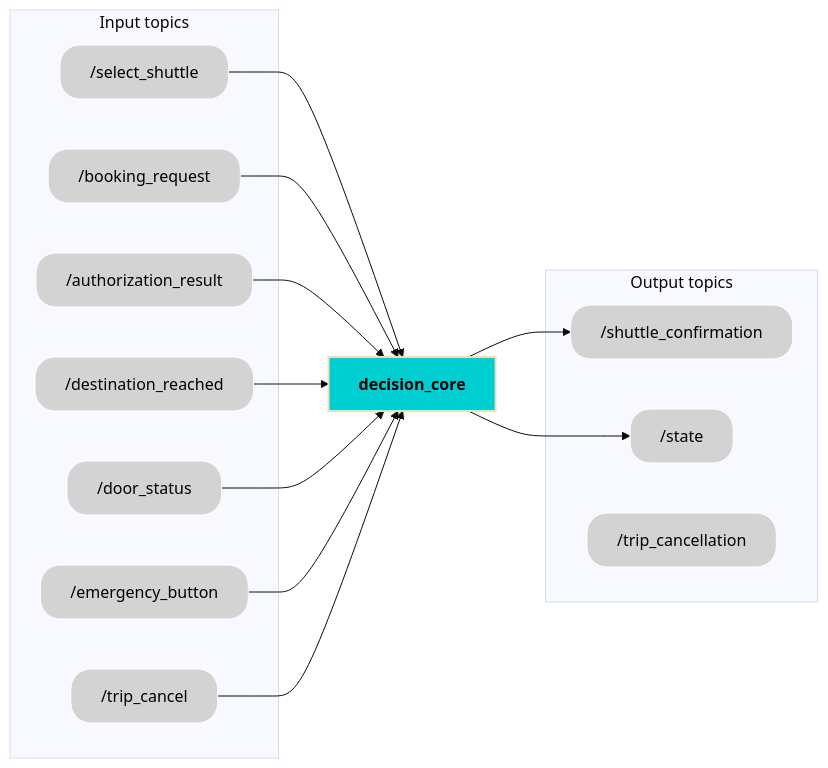
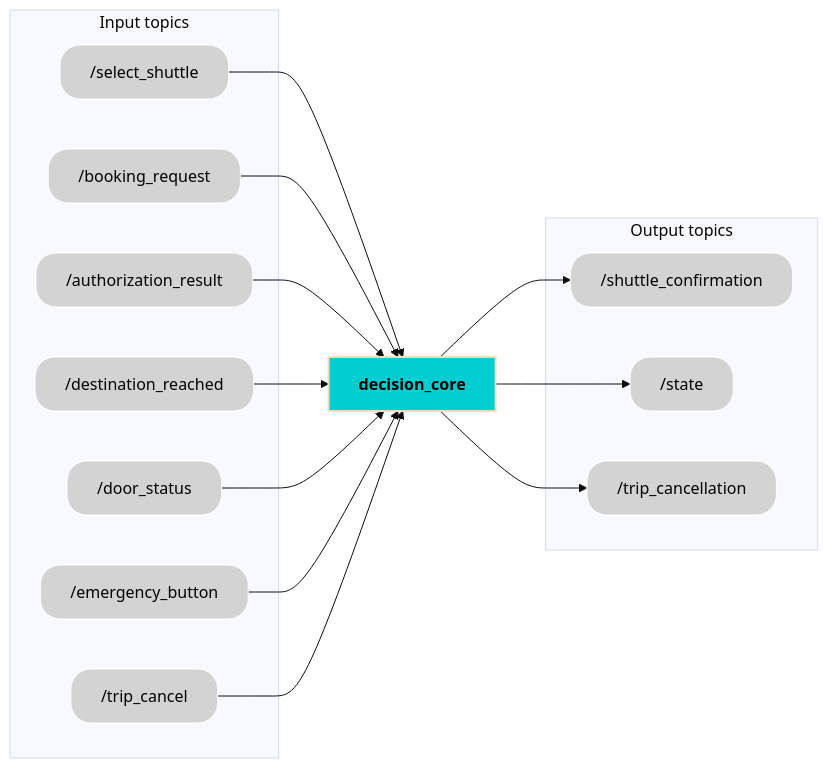
One commit to PaxAuto/decision_core changed the diagram in README.md. Above: the diagram before and after it, drawn with Mermaid (base theme). The commit also changed 1 other file, not shown here.

Commit message:
Updated README.md (Added Updated State diagram)

````diff
--- a/README.md
+++ b/README.md
@@ -24,55 +24,56 @@
 ```mermaid
 graph LR
     subgraph Input topics
         EVSEAL["/select_shuttle"]:::grayEllipse
         MS["/booking_request"]:::grayEllipse
         SA["/authorization_result"]:::grayEllipse
         GF["/destination_reached"]:::grayEllipse
         AA["/door_status"]:::grayEllipse
         AB["/emergency_button"]:::grayEllipse
         AC["/trip_cancel"]:::grayEllipse
 
     end
 
     EM["decision_core"]:::cyanEllipse
 
     EVSEAL --> EM
     MS --> EM
     SA --> EM
     GF --> EM
     AA --> EM
     AB --> EM
     AC --> EM
     EM --> DC
     EM --> BF
+    EM --> BE
 
     subgraph Output topics
         DC["/shuttle_confirmation"]:::grayEllipse
         BE["/trip_cancellation"]:::grayEllipse
         BF["/state"]:::grayEllipse
     end
 
     %% Ellipse shape class
     classDef soft_rectangle stroke:#FFFFFF,rx:20,ry:20;
     classDef component font-weight:bold,stroke-width:2px;
 
     %% Cyan for path planner
     classDef cyanEllipse fill:#00CED1, color:#000000;
 
     %% Gray for others
     classDef grayEllipse fill:#D3D3D3, color:#000000;
 
     %% Apply ellipse shape to each node
     class EVSEAL soft_rectangle;
     class MS soft_rectangle;
     class SA soft_rectangle;
     class GF soft_rectangle;
     class AA soft_rectangle;
     class AB soft_rectangle;
     class AC soft_rectangle;
 
     class DC soft_rectangle;
     class BF soft_rectangle;
     class BE soft_rectangle;
     class EM component;
 ```
````
